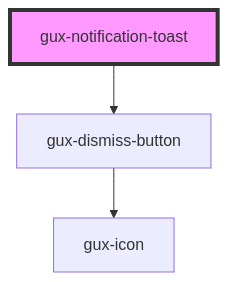
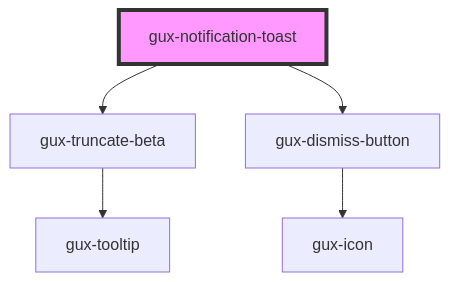
The diagram in src/components/stable/gux-notification-toast/readme.md (MyPureCloud/genesys-spark), drawn with Mermaid before and after one commit. The commit also changed other lines of this file and 12 other files, not shown here.

````diff
--- a/src/components/stable/gux-notification-toast/readme.md
+++ b/src/components/stable/gux-notification-toast/readme.md
@@ -36,6 +37,8 @@
 ```mermaid
 graph TD;
+  gux-notification-toast --> gux-truncate-beta
   gux-notification-toast --> gux-dismiss-button
+  gux-truncate-beta --> gux-tooltip
   gux-dismiss-button --> gux-icon
   style gux-notification-toast fill:#f9f,stroke:#333,stroke-width:4px
 ```
````
